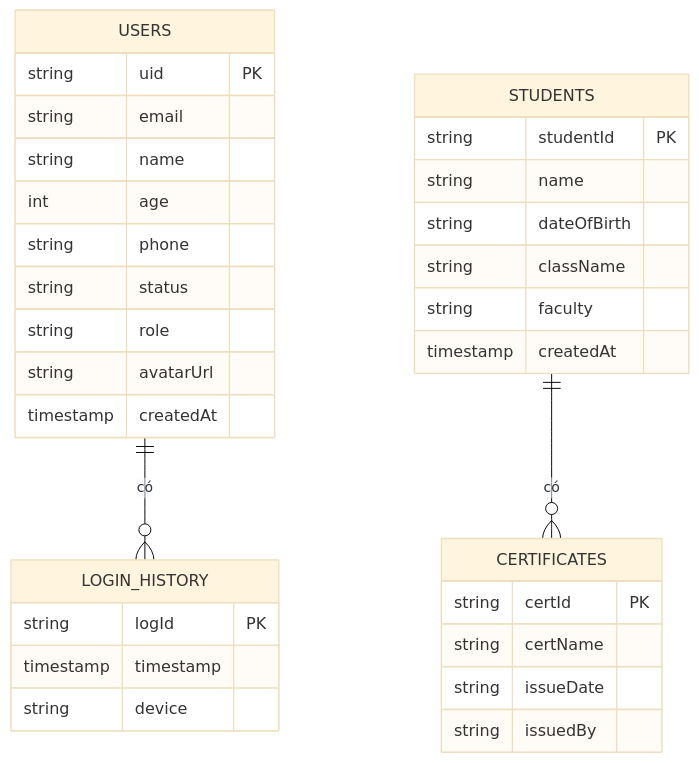
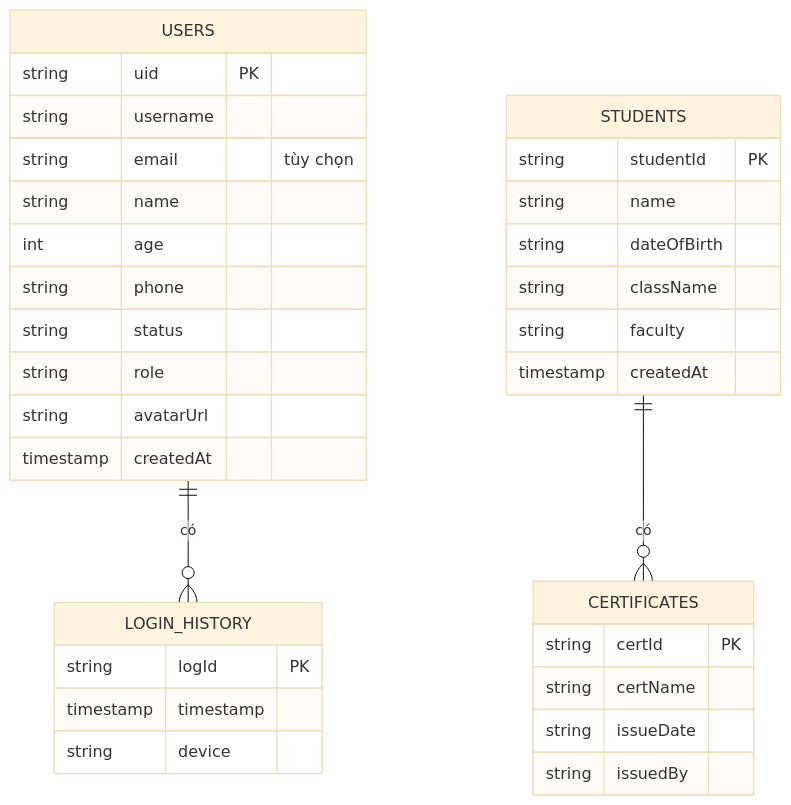
Before and after one commit to chimpk/student-management-midterm: the third of 8 diagrams in docs/uml.md, drawn with Mermaid (base theme). The commit also changed other lines of this file and 24 other files, not shown here.

Commit message:
docs: add design specifications, uml diagrams, and srs documentation

````diff
--- a/docs/uml.md
+++ b/docs/uml.md
@@ -142,36 +145,37 @@
 ```mermaid
 erDiagram
     USERS {
         string uid PK
-        string email
+        string username
+        string email "tùy chọn"
         string name
         int age
         string phone
         string status
         string role
         string avatarUrl
         timestamp createdAt
     }
     LOGIN_HISTORY {
         string logId PK
         timestamp timestamp
         string device
     }
     STUDENTS {
         string studentId PK
         string name
         string dateOfBirth
         string className
         string faculty
         timestamp createdAt
     }
     CERTIFICATES {
         string certId PK
         string certName
         string issueDate
         string issuedBy
     }
 
     USERS ||--o{ LOGIN_HISTORY : "có"
     STUDENTS ||--o{ CERTIFICATES : "có"
 ```
````
